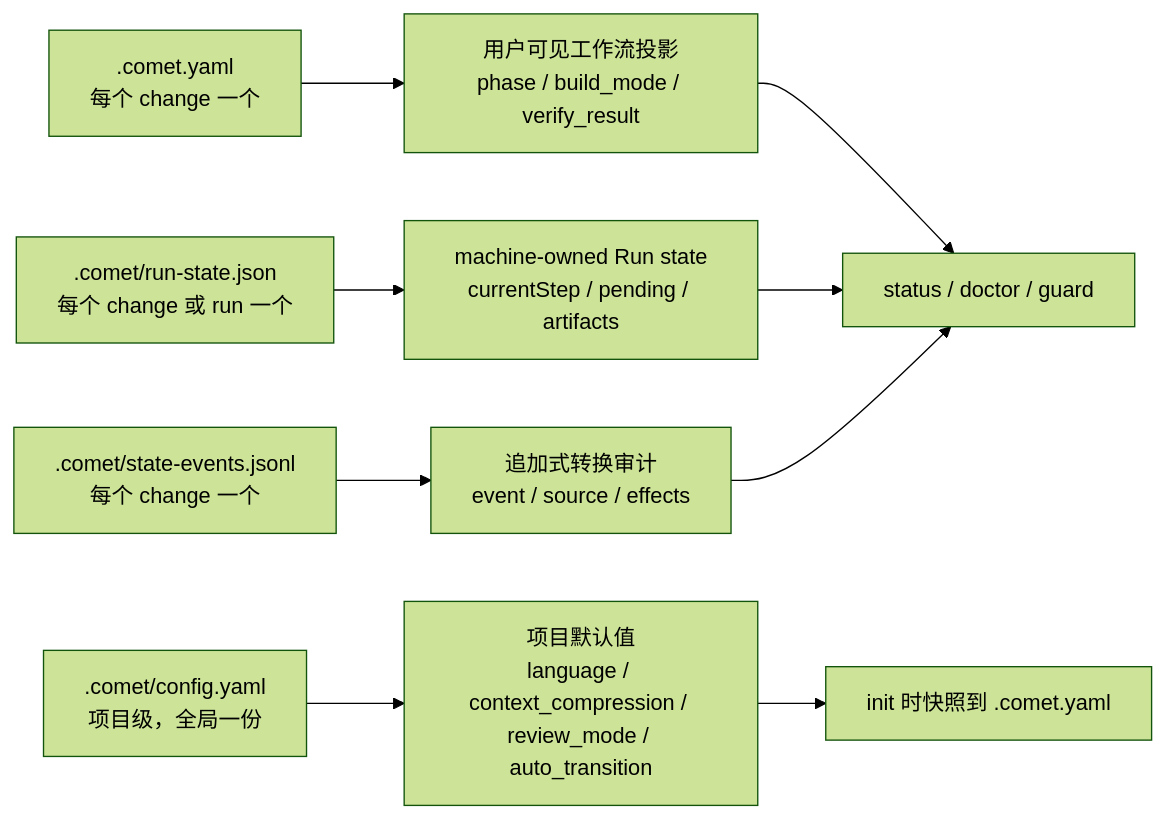
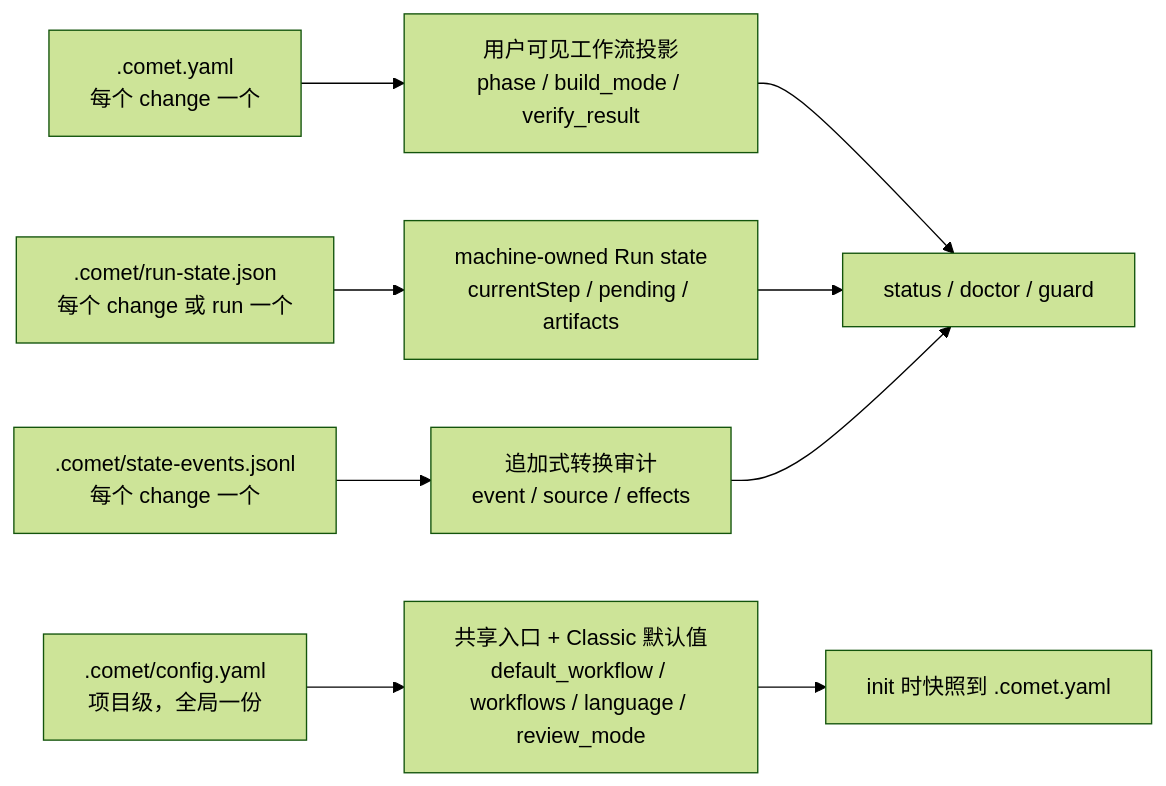
Before and after one commit to rpamis/comet-website-docs: the diagram in zh/concepts/state-management.mdx, drawn with Mermaid (forest theme). The commit also changed other lines of this file and 85 other files, not shown here.

````diff
--- a/zh/concepts/state-management.mdx
+++ b/zh/concepts/state-management.mdx
@@ -40,11 +42,11 @@
 ```mermaid
 flowchart LR
   A[".comet.yaml<br/>每个 change 一个"] --> B["用户可见工作流投影<br/>phase / build_mode / verify_result"]
   C[".comet/run-state.json<br/>每个 change 或 run 一个"] --> D["machine-owned Run state<br/>currentStep / pending / artifacts"]
   E[".comet/state-events.jsonl<br/>每个 change 一个"] --> F["追加式转换审计<br/>event / source / effects"]
-  H[".comet/config.yaml<br/>项目级，全局一份"] --> I["项目默认值<br/>language / context_compression / review_mode / auto_transition"]
+  H[".comet/config.yaml<br/>项目级，全局一份"] --> I["共享入口 + Classic 默认值<br/>default_workflow / workflows / language / review_mode"]
   B --> G["status / doctor / guard"]
   D --> G
   F --> G
   I --> J["init 时快照到 .comet.yaml"]
 ```
````
